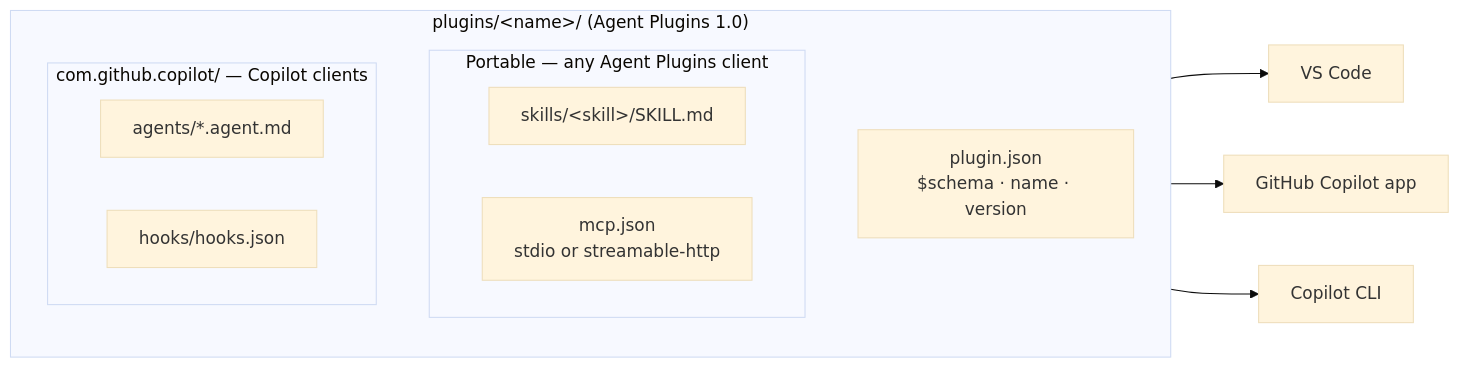
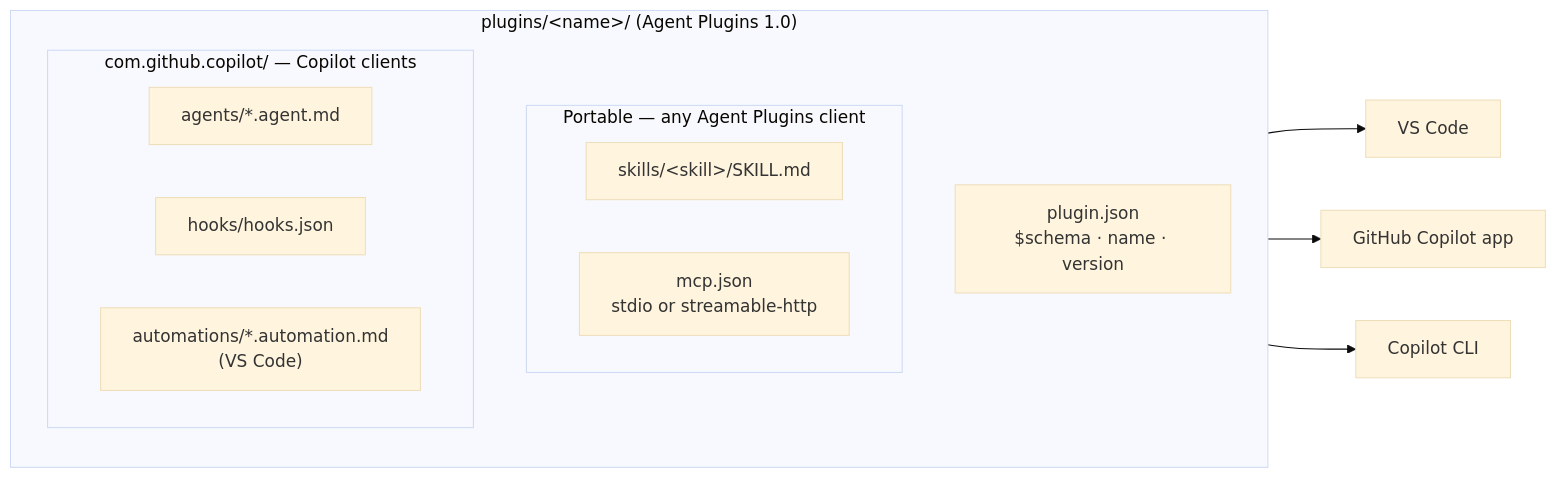
Before and after one commit to sekar3s/copilot-agent-plugins-demo: the diagram in README.md, drawn with Mermaid (base theme). The commit also changed other lines of this file and 33 other files, not shown here.

````diff
--- a/README.md
+++ b/README.md
@@ -17,17 +19,18 @@
 ```mermaid
 flowchart LR
   subgraph Plugin["plugins/&lt;name&gt;/ (Agent Plugins 1.0)"]
     manifest["plugin.json<br/>$schema · name · version"]
     subgraph Portable["Portable — any Agent Plugins client"]
       skills["skills/&lt;skill&gt;/SKILL.md"]
       mcp["mcp.json<br/>stdio or streamable-http"]
     end
     subgraph Copilot["com.github.copilot/ — Copilot clients"]
       agents["agents/*.agent.md"]
       hooks["hooks/hooks.json"]
+      autos["automations/*.automation.md<br/>(VS Code)"]
     end
   end
   Plugin --> VSCode["VS Code"]
   Plugin --> App["GitHub Copilot app"]
   Plugin --> CLI["Copilot CLI"]
 ```
````
